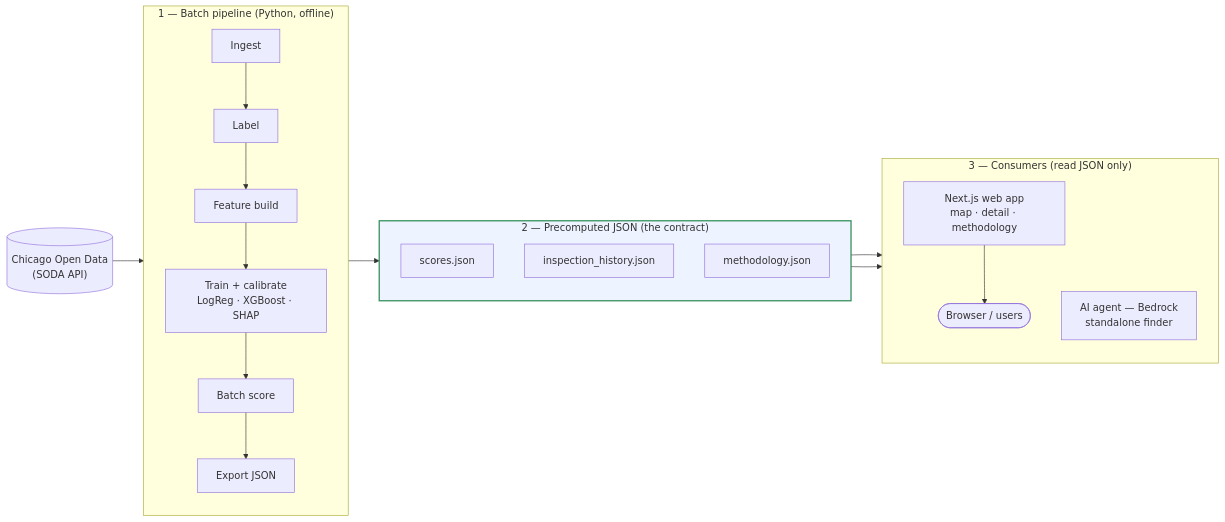
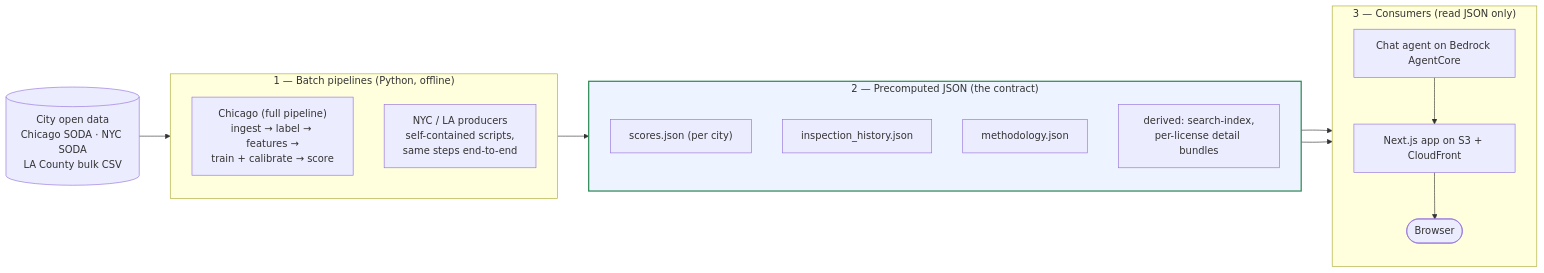
The diagram in README.md (food-safety-intelligence/food-safety-intelligence), drawn with Mermaid before and after one commit. The commit also changed other lines of this file, not shown here.

````diff
--- a/README.md
+++ b/README.md
@@ -47,29 +48,31 @@
 ```mermaid
 flowchart LR
-    SODA[("Chicago Open Data<br/>(SODA API)")]
+    SRC[("City open data<br/>Chicago SODA · NYC SODA<br/>LA County bulk CSV")]
 
-    subgraph P1["1 — Batch pipeline (Python, offline)"]
+    subgraph P1["1 — Batch pipelines (Python, offline)"]
         direction TB
-        ING["Ingest"] --> LBL["Label"] --> FEAT["Feature build"] --> TRAIN["Train + calibrate<br/>LogReg · XGBoost · SHAP"] --> SCORE["Batch score"] --> EXP["Export JSON"]
+        CHI["Chicago (full pipeline)<br/>ingest → label → features →<br/>train + calibrate → score"]
+        NYLA["NYC / LA producers<br/>self-contained scripts,<br/>same steps end-to-end"]
     end
 
     subgraph P2["2 — Precomputed JSON (the contract)"]
         direction TB
-        SJ["scores.json"]
+        SJ["scores.json (per city)"]
         IH["inspection_history.json"]
         MJ["methodology.json"]
+        DB["derived: search-index,<br/>per-license detail bundles"]
     end
 
     subgraph P3["3 — Consumers (read JSON only)"]
         direction TB
-        APP["Next.js web app<br/>map · detail · methodology"] --> USERS(["Browser / users"])
-        AGENT["AI agent — Bedrock<br/>standalone finder"]
+        APP["Next.js app on S3 + CloudFront"] --> USERS(["Browser"])
+        AGENT["Chat agent on Bedrock AgentCore"] --> APP
     end
 
-    SODA --> ING
-    EXP --> P2
+    SRC --> P1
+    P1 --> P2
     P2 --> APP
     P2 --> AGENT
 
     style P2 fill:#eef4ff,stroke:#2e8b57,stroke-width:2px
 ```
````
